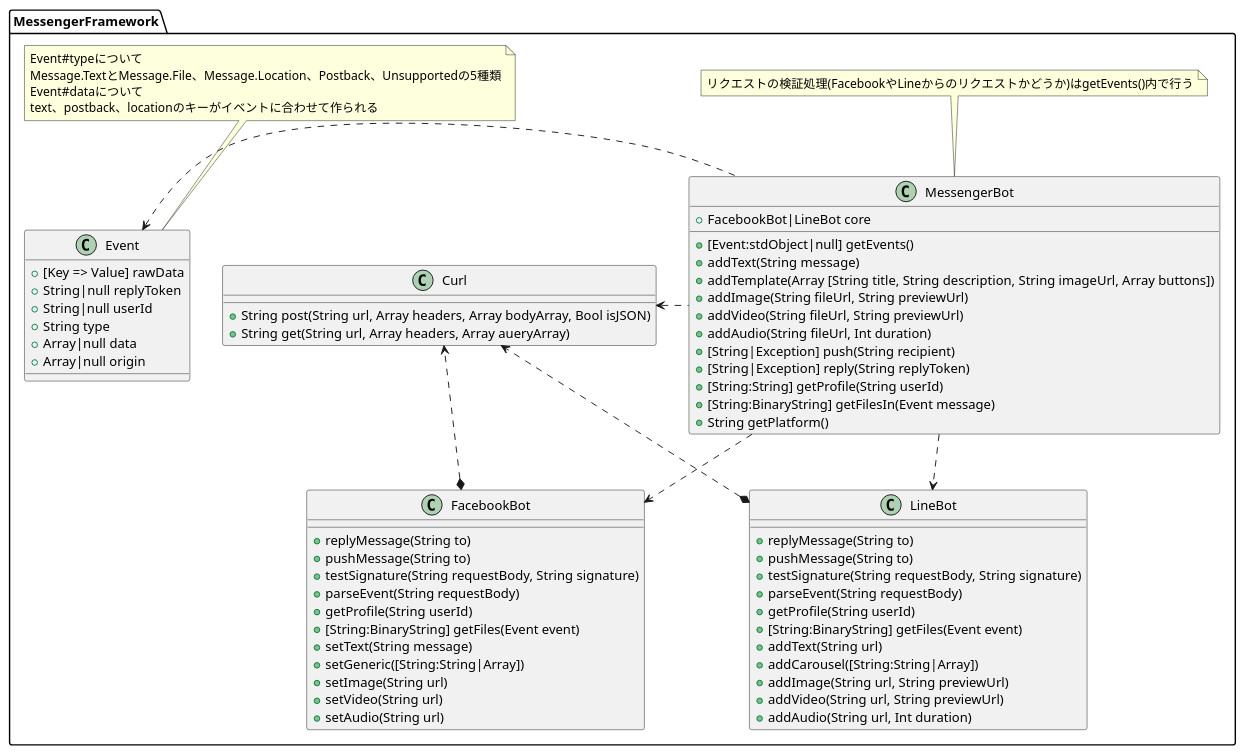
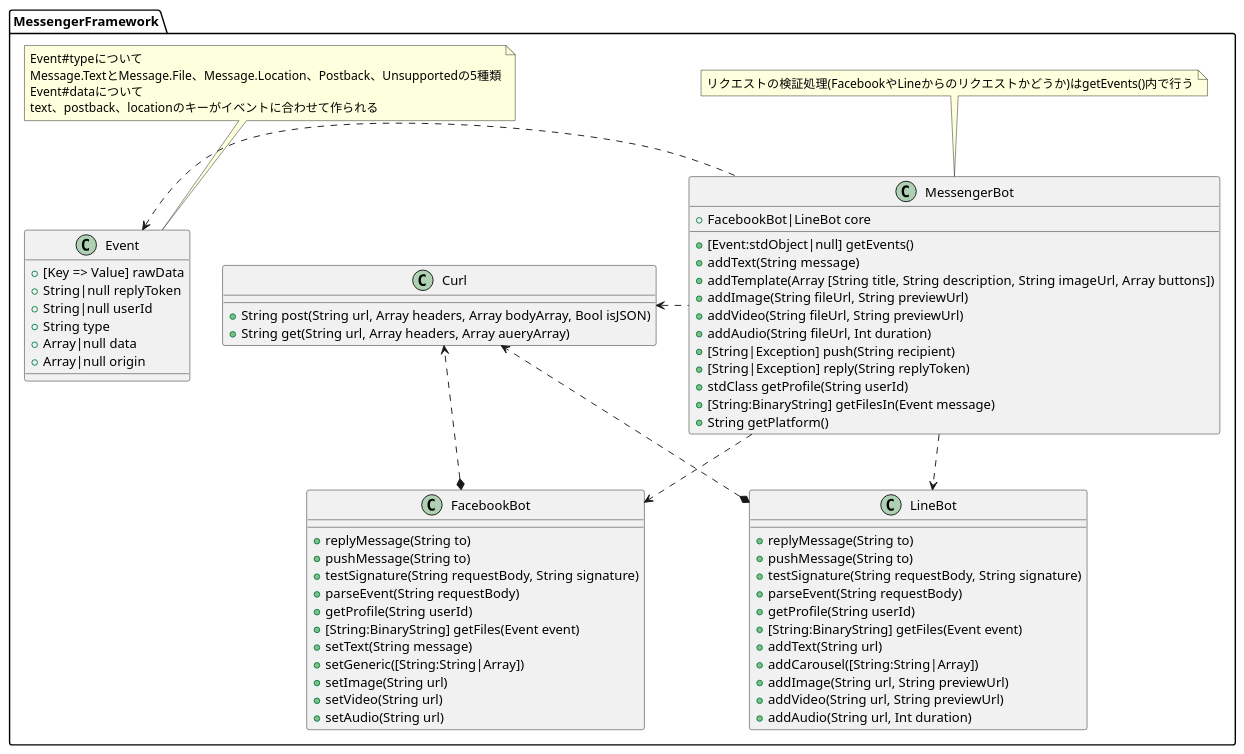
One commit to genies-inc/messenger-framework changed the diagram in docs/class-spec.puml. Above: the diagram before and after it, drawn with PlantUML. The commit also changed 3 other files, not shown here.

```diff
--- a/docs/class-spec.puml
+++ b/docs/class-spec.puml
@@ -1,86 +1,86 @@
 @startuml
 
 namespace MessengerFramework {
 
   class Event {
     + [Key => Value] rawData
     + String|null replyToken
     + String|null userId
     + String type
     + Array|null data
     + Array|null origin
   }
 
   note top of Event
     Event#typeについて
     Message.TextとMessage.File、Message.Location、Postback、Unsupportedの5種類
     Event#dataについて
     text、postback、locationのキーがイベントに合わせて作られる
   end note
 
   class MessengerBot {
     + FacebookBot|LineBot core
     + [Event:stdObject|null] getEvents()
     + addText(String message)
     + addTemplate(Array [String title, String description, String imageUrl, Array buttons])
     + addImage(String fileUrl, String previewUrl)
     + addVideo(String fileUrl, String previewUrl)
     + addAudio(String fileUrl, Int duration)
     + [String|Exception] push(String recipient)
     + [String|Exception] reply(String replyToken)
-    + [String:String] getProfile(String userId)
+    + stdClass getProfile(String userId)
     + [String:BinaryString] getFilesIn(Event message)
     + String getPlatform()
   }
 
   note top of MessengerBot
     リクエストの検証処理(FacebookやLineからのリクエストかどうか)はgetEvents()内で行う
   end note
 
   class FacebookBot {
     + replyMessage(String to)
     + pushMessage(String to)
     + testSignature(String requestBody, String signature)
     + parseEvent(String requestBody)
     + getProfile(String userId)
     + [String:BinaryString] getFiles(Event event)
     + setText(String message)
     + setGeneric([String:String|Array])
     + setImage(String url)
     + setVideo(String url)
     + setAudio(String url)
   }
 
   class LineBot {
     + replyMessage(String to)
     + pushMessage(String to)
     + testSignature(String requestBody, String signature)
     + parseEvent(String requestBody)
     + getProfile(String userId)
     + [String:BinaryString] getFiles(Event event)
     + addText(String url)
     + addCarousel([String:String|Array])
     + addImage(String url, String previewUrl)
     + addVideo(String url, String previewUrl)
     + addAudio(String url, Int duration)
   }
 
   class Curl {
     + String post(String url, Array headers, Array bodyArray, Bool isJSON)
     + String get(String url, Array headers, Array aueryArray)
   }
 
 }
 
 ' MessengerFramework内の関連
 
 MessengerFramework.MessengerBot .d.> MessengerFramework.FacebookBot
 MessengerFramework.MessengerBot .d.> MessengerFramework.LineBot
 MessengerFramework.MessengerBot .l.> MessengerFramework.Curl
 MessengerFramework.MessengerBot .l.> MessengerFramework.Event
 
 MessengerFramework.FacebookBot *..> MessengerFramework.Curl
 
 MessengerFramework.LineBot *..> MessengerFramework.Curl
 
 @enduml
```
